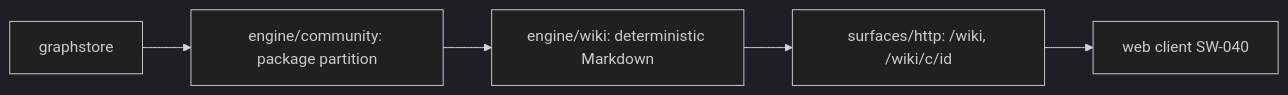
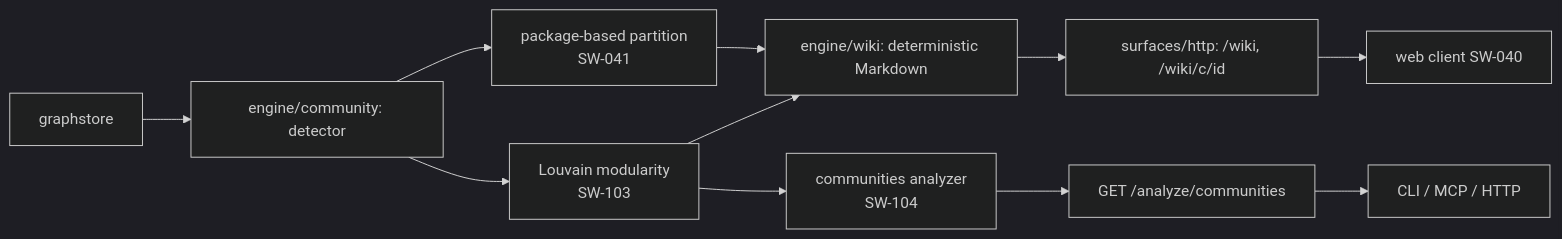
One commit to samibel/graphi changed the diagram in docs/surfaces-wiki.md. Above: the diagram before and after it, drawn with Mermaid (dark theme). The commit also changed other lines of this file and 14 other files, not shown here.

````diff
--- a/docs/surfaces-wiki.md
+++ b/docs/surfaces-wiki.md
@@ -37,7 +47,13 @@
 ```mermaid
 flowchart LR
-    G[graphstore] --> C[engine/community: package partition]
-    C --> W[engine/wiki: deterministic Markdown]
+    G[graphstore] --> D[engine/community: detector]
+    D --> P[package-based partition<br/>SW-041]
+    D --> L[Louvain modularity<br/>SW-103]
+    P --> W[engine/wiki: deterministic Markdown]
+    L --> W
+    L --> A[communities analyzer<br/>SW-104]
     W --> H[surfaces/http: /wiki, /wiki/c/id]
+    A --> H2[GET /analyze/communities]
     H --> B[web client SW-040]
+    H2 --> AGT[CLI / MCP / HTTP]
 ```
````
